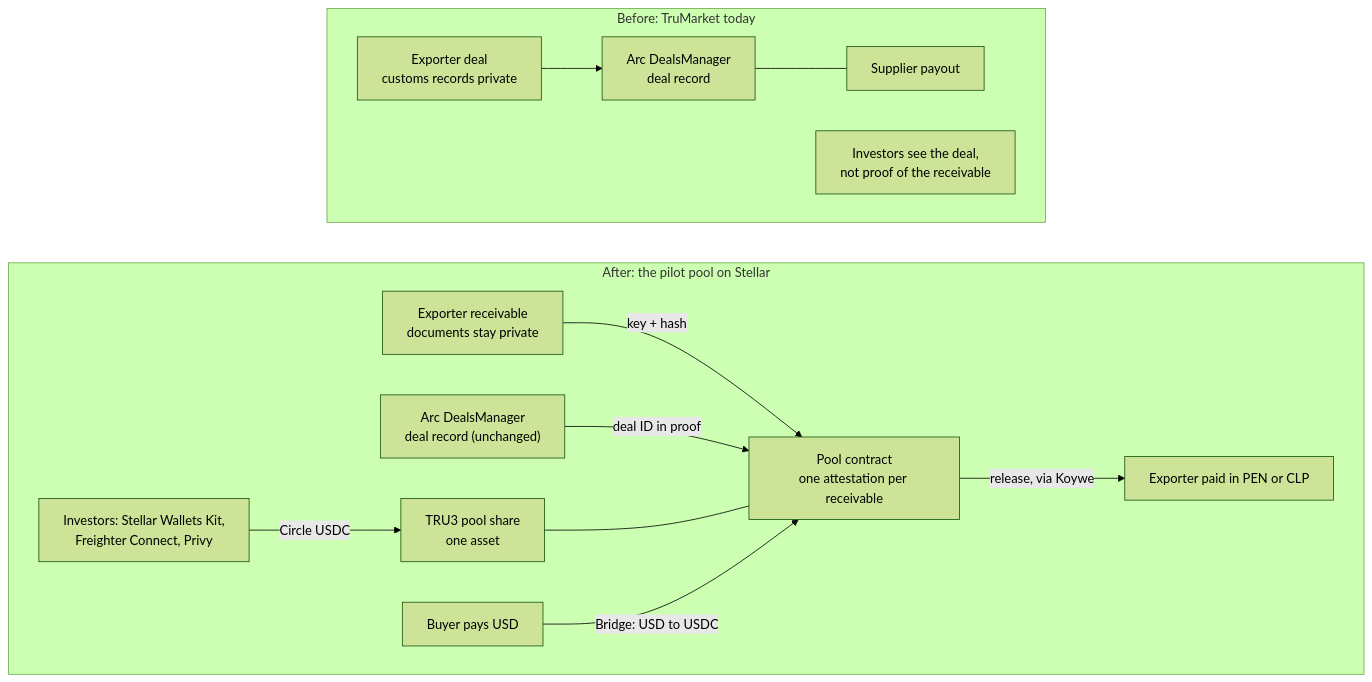
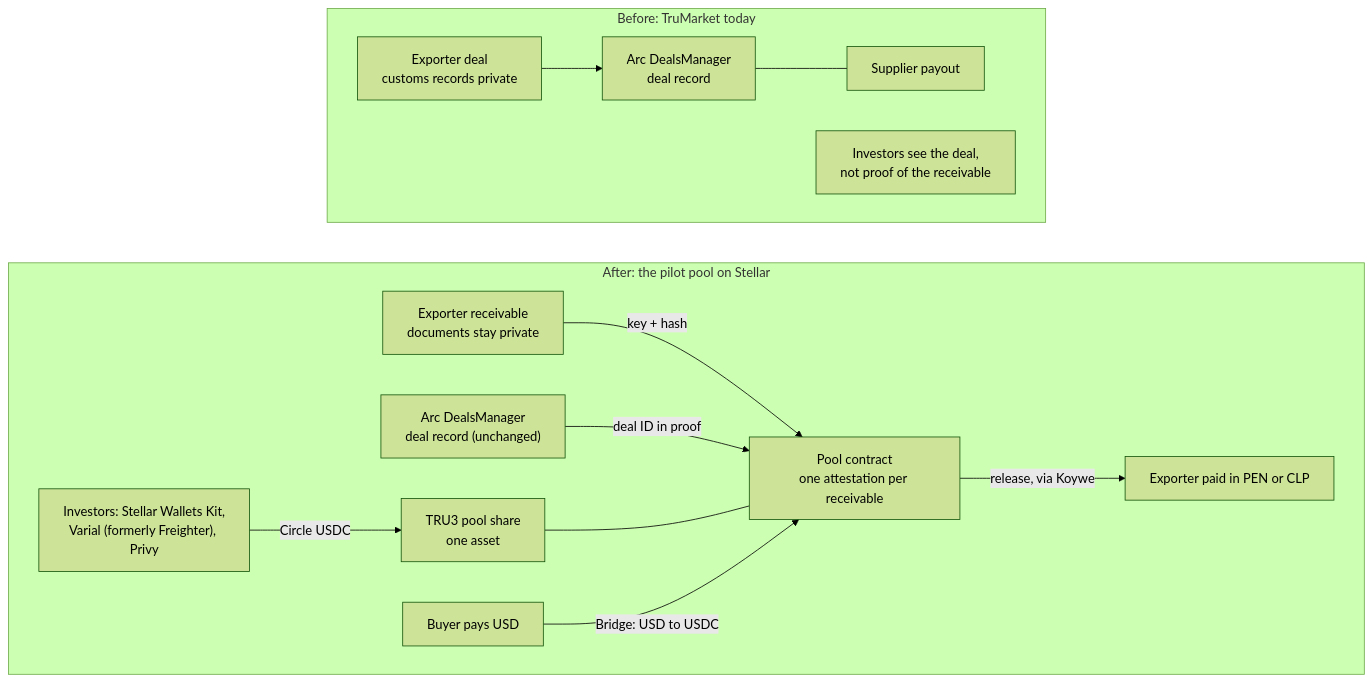
One commit to AgroSmart-Contracts/Proof-Of-Trading changed the diagram in docs/figures/integration-before-after.mmd. Above: the diagram before and after it, drawn with Mermaid (forest theme). The commit also changed 10 other files, not shown here.

Commit message:
docs: Varial (formerly Freighter) via @stellar/varial-sdk with freighter-api fallback; ACCOUNT_HOLDER and SPV env settings

```diff
--- a/docs/figures/integration-before-after.mmd
+++ b/docs/figures/integration-before-after.mmd
@@ -1,20 +1,20 @@
 %% TruMarket today vs. the pilot on Stellar (planned; nothing in production uses Stellar yet)
 flowchart TB
   subgraph BEFORE["Before: TruMarket today"]
     direction LR
     B1["Exporter deal<br/>customs records private"] --> B2["Arc DealsManager<br/>deal record"]
     B2 --- B4["Supplier payout"]
     B5["Investors see the deal,<br/>not proof of the receivable"]
   end
 
   subgraph AFTER["After: the pilot pool on Stellar"]
     direction LR
     A1["Exporter receivable<br/>documents stay private"] -- "key + hash" --> A3["Pool contract<br/>one attestation per receivable"]
     A2["Arc DealsManager<br/>deal record (unchanged)"] -- "deal ID in proof" --> A3
-    A9["Investors: Stellar Wallets Kit,<br/>Freighter Connect, Privy"] -- "Circle USDC" --> A4["TRU3 pool share<br/>one asset"]
+    A9["Investors: Stellar Wallets Kit,<br/>Varial (formerly Freighter), Privy"] -- "Circle USDC" --> A4["TRU3 pool share<br/>one asset"]
     A4 --- A3
     A3 -- "release, via Koywe" --> A6["Exporter paid in PEN or CLP"]
     A7["Buyer pays USD"] -- "Bridge: USD to USDC" --> A3
   end
 
   BEFORE ~~~ AFTER
```
